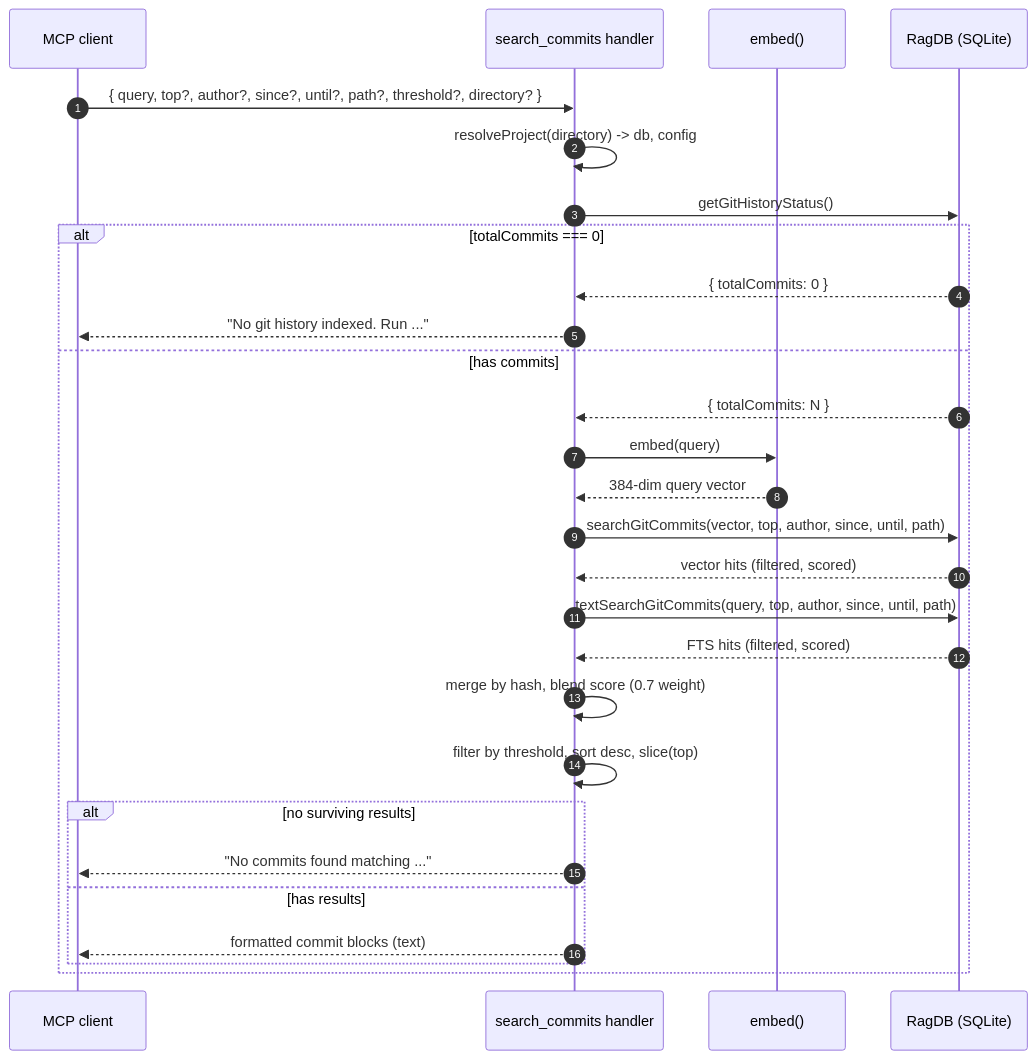
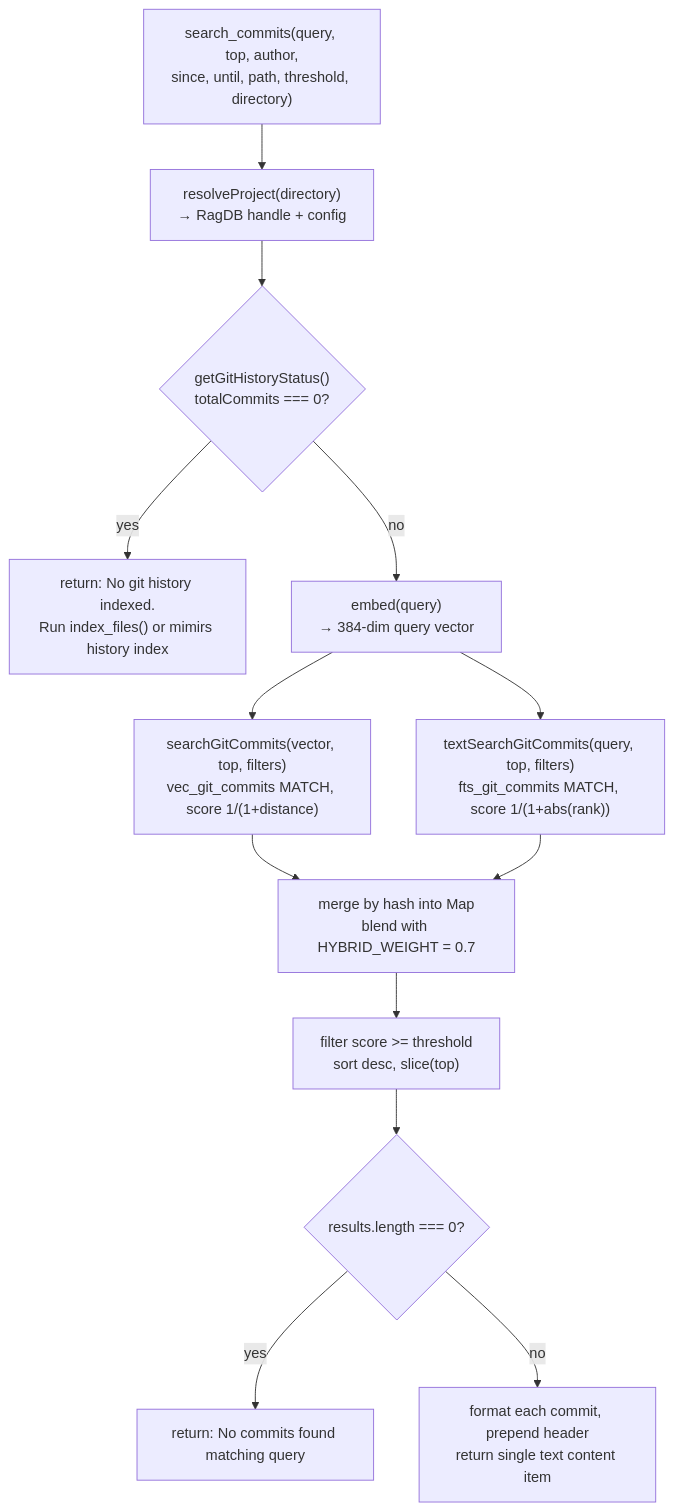
One commit to TheWinci/mimirs changed the diagram in wiki/tools/search-commits.md. Above: the diagram before and after it, drawn with Mermaid. The commit also changed other lines of this file and 55 other files, not shown here.

````diff
--- a/wiki/tools/search-commits.md
+++ b/wiki/tools/search-commits.md
@@ -32,31 +33,26 @@
 ```mermaid
-sequenceDiagram
-    autonumber
-    participant Agent as MCP client
-    participant Tool as search_commits handler
-    participant Embed as embed()
-    participant DB as RagDB (SQLite)
+flowchart TD
+    callTool["search_commits(query, top, author,<br>since, until, path, threshold, directory)"]
+    resolve["resolveProject(directory)<br>→ RagDB handle + config"]
+    statusCheck{"getGitHistoryStatus()<br>totalCommits === 0?"}
+    emptyMsg["return: No git history indexed.<br>Run index_files() or mimirs history index"]
+    embedQ["embed(query)<br>→ 384-dim query vector"]
+    vec["searchGitCommits(vector, top, filters)<br>vec_git_commits MATCH, score 1/(1+distance)"]
+    fts["textSearchGitCommits(query, top, filters)<br>fts_git_commits MATCH, score 1/(1+abs(rank))"]
+    merge["merge by hash into Map<br>blend with HYBRID_WEIGHT = 0.7"]
+    cut["filter score >= threshold<br>sort desc, slice(top)"]
+    emptyResults{"results.length === 0?"}
+    noMatch["return: No commits found matching query"]
+    format["format each commit, prepend header<br>return single text content item"]
 
-    Agent->>Tool: { query, top?, author?, since?, until?, path?, threshold?, directory? }
-    Tool->>Tool: resolveProject(directory) -> db, config
-    Tool->>DB: getGitHistoryStatus()
-    alt totalCommits === 0
-        DB-->>Tool: { totalCommits: 0 }
-        Tool-->>Agent: "No git history indexed. Run ..."
-    else has commits
-        DB-->>Tool: { totalCommits: N }
-        Tool->>Embed: embed(query)
-        Embed-->>Tool: 384-dim query vector
-        Tool->>DB: searchGitCommits(vector, top, author, since, until, path)
-        DB-->>Tool: vector hits (filtered, scored)
-        Tool->>DB: textSearchGitCommits(query, top, author, since, until, path)
-        DB-->>Tool: FTS hits (filtered, scored)
-        Tool->>Tool: merge by hash, blend score (0.7 weight)
-        Tool->>Tool: filter by threshold, sort desc, slice(top)
-        alt no surviving results
-            Tool-->>Agent: "No commits found matching ..."
-        else has results
-            Tool-->>Agent: formatted commit blocks (text)
-        end
-    end
+    callTool --> resolve --> statusCheck
+    statusCheck -->|yes| emptyMsg
+    statusCheck -->|no| embedQ
+    embedQ --> vec
+    embedQ --> fts
+    vec --> merge
+    fts --> merge
+    merge --> cut --> emptyResults
+    emptyResults -->|yes| noMatch
+    emptyResults -->|no| format
 ```
````
